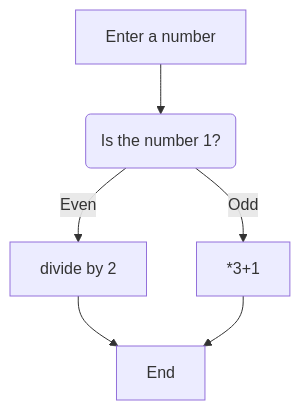
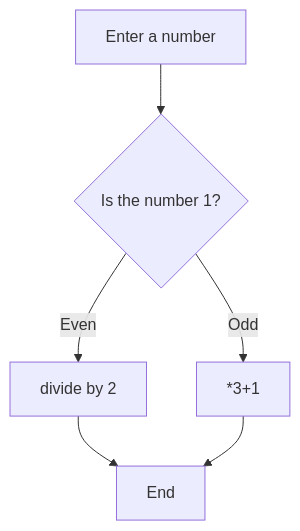
Before and after one commit to PeeBs68/mywork: the second of 2 diagrams in README.md, drawn with Mermaid.

Commit message:
Playing with mermaid for readme

````diff
--- a/README.md
+++ b/README.md
@@ -27,8 +27,8 @@
 ```mermaid
 flowchart TD;
-    A[Enter a number] --> B(Is the number 1?);
+    A[Enter a number] --> B{Is the number 1?};
     B -- Even --> C[divide by 2];
     B -- Odd --> D[*3+1];
     C-->E[End];
     D-->E[End];
 ```
````
